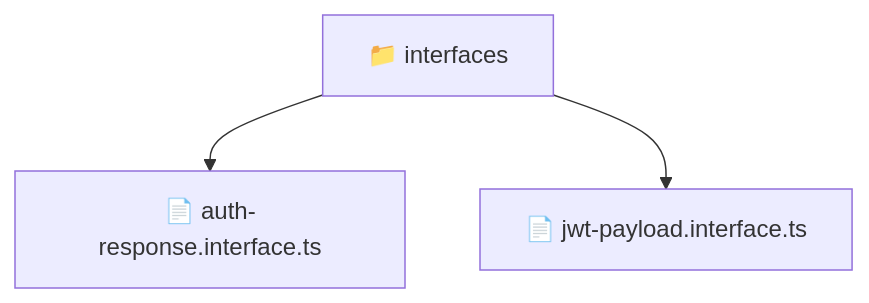
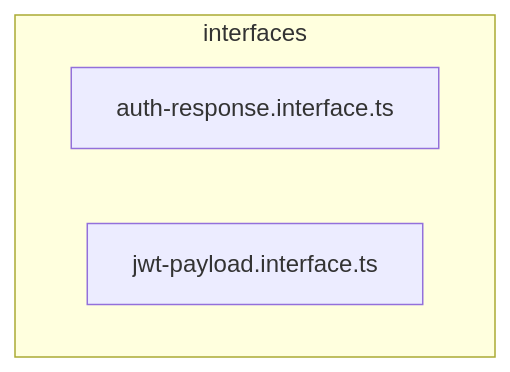
Before and after one commit to beginwebdev2002/fullstack-mavluda: the diagram in backend/src/modules/auth/interfaces/README.md, drawn with Mermaid. The commit also changed other lines of this file and 163 other files, not shown here.

````diff
--- a/backend/src/modules/auth/interfaces/README.md
+++ b/backend/src/modules/auth/interfaces/README.md
@@ -9,6 +15,7 @@
 ```mermaid
 graph TD
-  Root["📁 interfaces"]
-  Root --> auth_response_interface_ts["📄 auth-response.interface.ts"]
-  Root --> jwt_payload_interface_ts["📄 jwt-payload.interface.ts"]
+  subgraph interfaces
+    auth_response_interface_ts["auth-response.interface.ts"]
+    jwt_payload_interface_ts["jwt-payload.interface.ts"]
+  end
 ```
````
